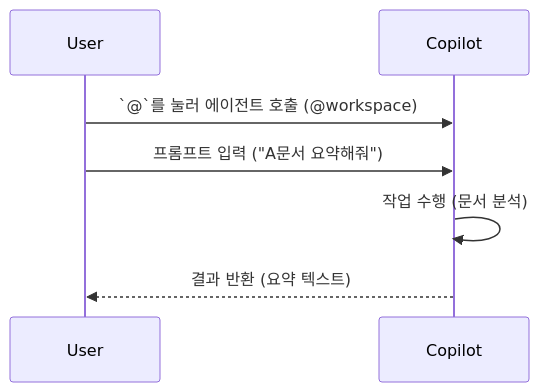
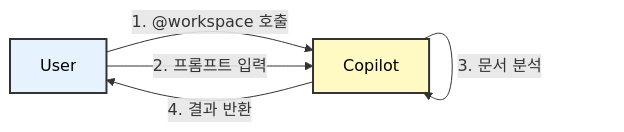
Before and after one commit to seo-jinseok/GitHub-Copilot-Guide: diagram 11 of 17 in dist/University_Copilot_Guide_Complete_KO.md, drawn with Mermaid. The commit also changed other lines of this file, not shown here.

Commit message:
docs: mermaid 그림 색상 수정

````diff
--- a/dist/University_Copilot_Guide_Complete_KO.md
+++ b/dist/University_Copilot_Guide_Complete_KO.md
@@ -903,9 +910,10 @@
 ```mermaid
-sequenceDiagram
-    participant User
-    participant Copilot
-    User->>Copilot: `@`를 눌러 에이전트 호출 (@workspace)
-    User->>Copilot: 프롬프트 입력 ("A문서 요약해줘")
-    Copilot->>Copilot: 작업 수행 (문서 분석)
-    Copilot-->>User: 결과 반환 (요약 텍스트)
+graph LR
+    User[User] -->|1. @workspace 호출| Copilot
+    User -->|2. 프롬프트 입력| Copilot
+    Copilot -->|3. 문서 분석| Copilot
+    Copilot -->|4. 결과 반환| User
+
+    style User fill:#e6f3ff,stroke:#333,stroke-width:2px,color:#000
+    style Copilot fill:#fff9c4,stroke:#333,stroke-width:2px,color:#000
 ```
````
